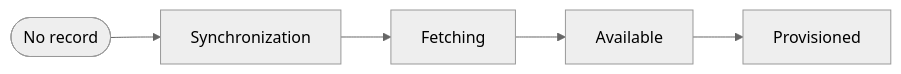
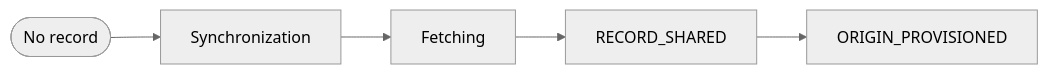
The fifth of 10 diagrams in JAVA_APPS/docs/FLOWCHARTS.md (vonasmic/one-time-pad-keychain), drawn with Mermaid (neutral theme) before and after one commit. The commit also changed other lines of this file and 98 other files, not shown here.

````diff
--- a/JAVA_APPS/docs/FLOWCHARTS.md
+++ b/JAVA_APPS/docs/FLOWCHARTS.md
@@ -173,7 +174,7 @@
 ```mermaid
 flowchart LR
     None([No record]) --> Sync[Synchronization]
     Sync --> Fetch[Fetching]
-    Fetch --> Avail[Available]
-    Avail --> Prov[Provisioned]
+    Fetch --> Shared[RECORD_SHARED]
+    Shared --> Prov[ORIGIN_PROVISIONED]
 ```
````
